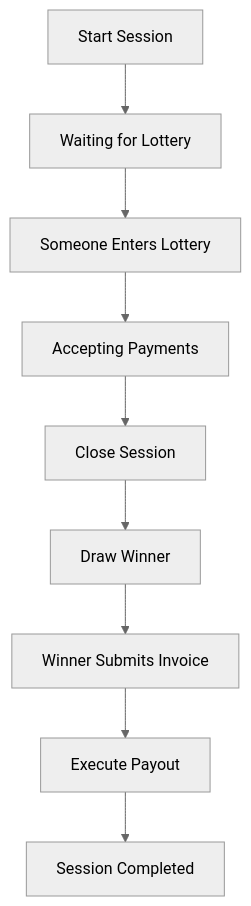
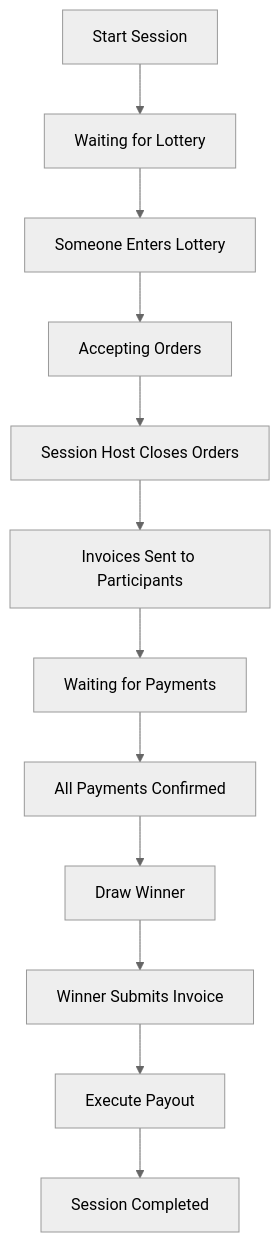
The diagram in src/README.md (SatMeNow/teamZaps), drawn with Mermaid (neutral theme) before and after one commit. The commit also changed other lines of this file and 16 other files, not shown here.

````diff
--- a/src/README.md
+++ b/src/README.md
@@ -323,11 +323,14 @@
 ```mermaid
 graph TD
     A[Start Session] --> B[Waiting for Lottery]
     B --> C[Someone Enters Lottery]
-    C --> D[Accepting Payments]
-    D --> E[Close Session]
-    E --> F[Draw Winner]
-    F --> G[Winner Submits Invoice]
-    G --> H[Execute Payout]
-    H --> I[Session Completed]
+    C --> D[Accepting Orders]
+    D --> E[Session Host Closes Orders]
+    E --> F[Invoices Sent to Participants]
+    F --> G[Waiting for Payments]
+    G --> H[All Payments Confirmed]
+    H --> I[Draw Winner]
+    I --> J[Winner Submits Invoice]
+    J --> K[Execute Payout]
+    K --> L[Session Completed]
 ```
````
